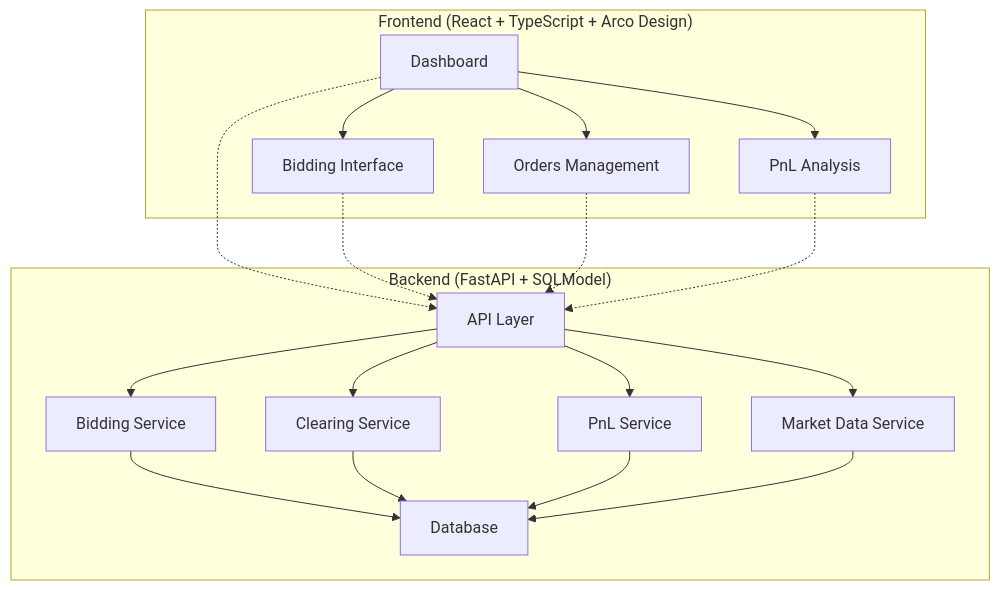
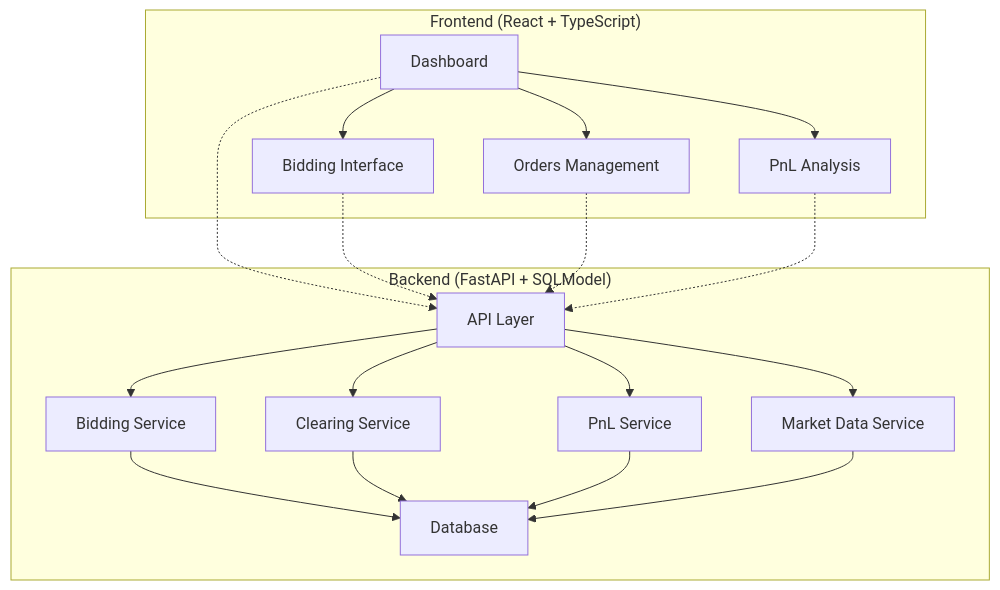
The diagram in README.md (parthpanse/Virtual-Energy-Trading), drawn with Mermaid before and after one commit. The commit also changed other lines of this file and 1 other file, not shown here.

````diff
--- a/README.md
+++ b/README.md
@@ -7,25 +7,25 @@
 ```mermaid
 graph TB
-    subgraph "Frontend (React + TypeScript + Arco Design)"
+    subgraph "Frontend (React + TypeScript)"
         A[Dashboard] --> B[Bidding Interface]
         A --> C[Orders Management]
         A --> D[PnL Analysis]
     end
 
     subgraph "Backend (FastAPI + SQLModel)"
         E[API Layer] --> F[Bidding Service]
         E --> G[Clearing Service]
         E --> H[PnL Service]
         E --> I[Market Data Service]
         F --> J[Database]
         G --> J
         H --> J
         I --> J
     end
 
 
     A -.-> E
     B -.-> E
     C -.-> E
     D -.-> E
 ```
````
